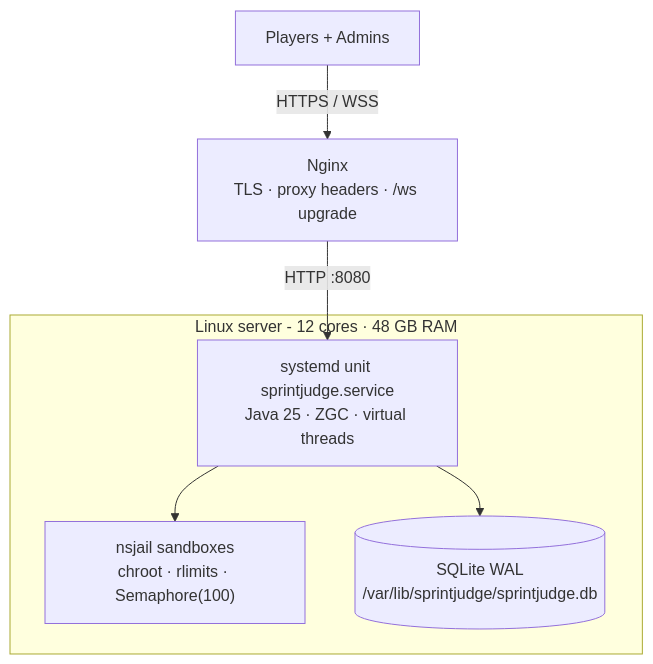
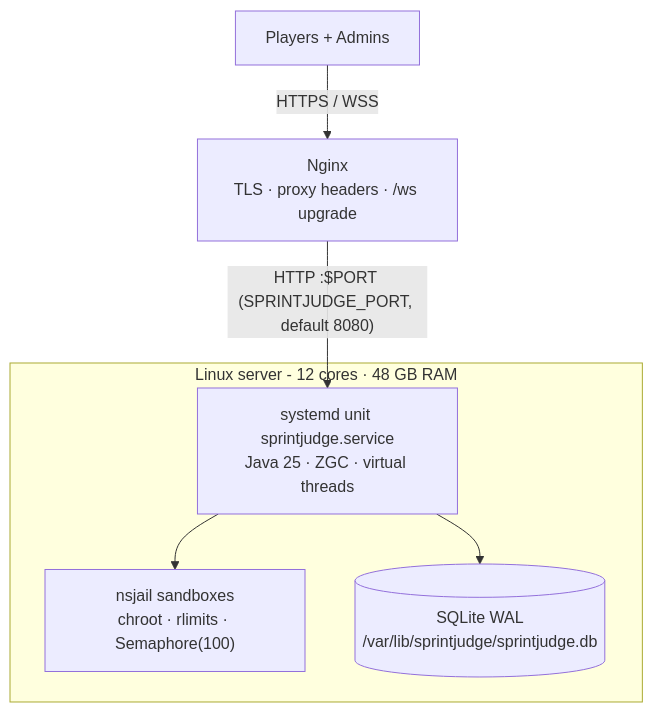
Before and after one commit to richie-rich90454/SprintJudge: the diagram in docs/deployment.md, drawn with Mermaid. The commit also changed other lines of this file, not shown here.

Commit message:
fix(docs): ports executor default and semaphore in deployment

````diff
--- a/docs/deployment.md
+++ b/docs/deployment.md
@@ -5,12 +5,12 @@
 ```mermaid
 flowchart TB
     U["Players + Admins"] -->|"HTTPS / WSS"| NX["Nginx<br/>TLS · proxy headers · /ws upgrade"]
-    NX -->|"HTTP :8080"| APP["systemd unit sprintjudge.service<br/>Java 25 · ZGC · virtual threads"]
+    NX -->|"HTTP :$PORT (SPRINTJUDGE_PORT, default 8080)"| APP["systemd unit sprintjudge.service<br/>Java 25 · ZGC · virtual threads"]
     subgraph Host["Linux server - 12 cores · 48 GB RAM"]
         APP
         NJ["nsjail sandboxes<br/>chroot · rlimits · Semaphore(100)"]
         DB[("SQLite WAL<br/>/var/lib/sprintjudge/sprintjudge.db")]
     end
     APP --> NJ
     APP --> DB
 ```
````
